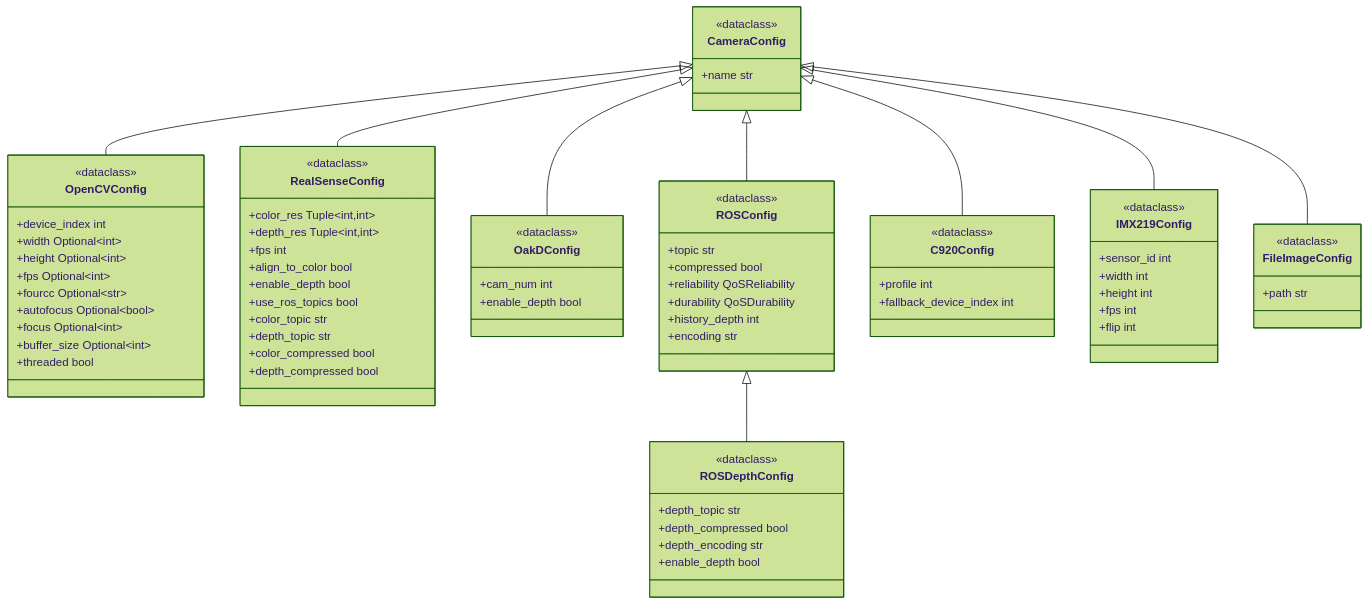
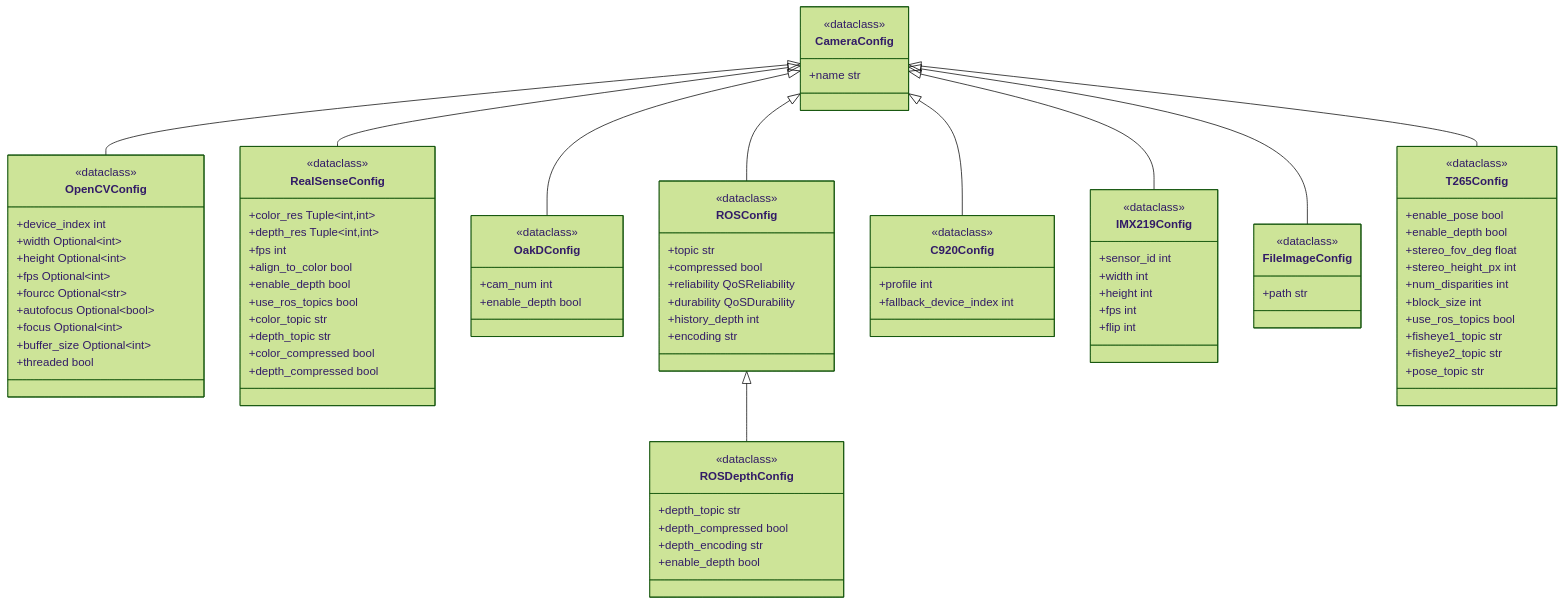
The second of 6 diagrams in nectar/nectar/vision/README.md (Black-Bee-Drones/nectar-sdk), drawn with Mermaid (forest theme) before and after one commit. The commit also changed other lines of this file and 1 other file, not shown here.

Commit message:
docs: add T265 camera  with configuration, driver implementation

```diff
--- a/nectar/nectar/vision/README.md
+++ b/nectar/nectar/vision/README.md
@@ -232,6 +247,21 @@
         +path str
     }
 
+    class T265Config {
+        <<dataclass>>
+        +enable_pose bool
+        +enable_depth bool
+        +stereo_fov_deg float
+        +stereo_height_px int
+        +num_disparities int
+        +block_size int
+        +use_ros_topics bool
+        +fisheye1_topic str
+        +fisheye2_topic str
+        +pose_topic str
+    }
+
+    CameraConfig <|-- T265Config
     CameraConfig <|-- OpenCVConfig
     CameraConfig <|-- RealSenseConfig
     CameraConfig <|-- OakDConfig
```
